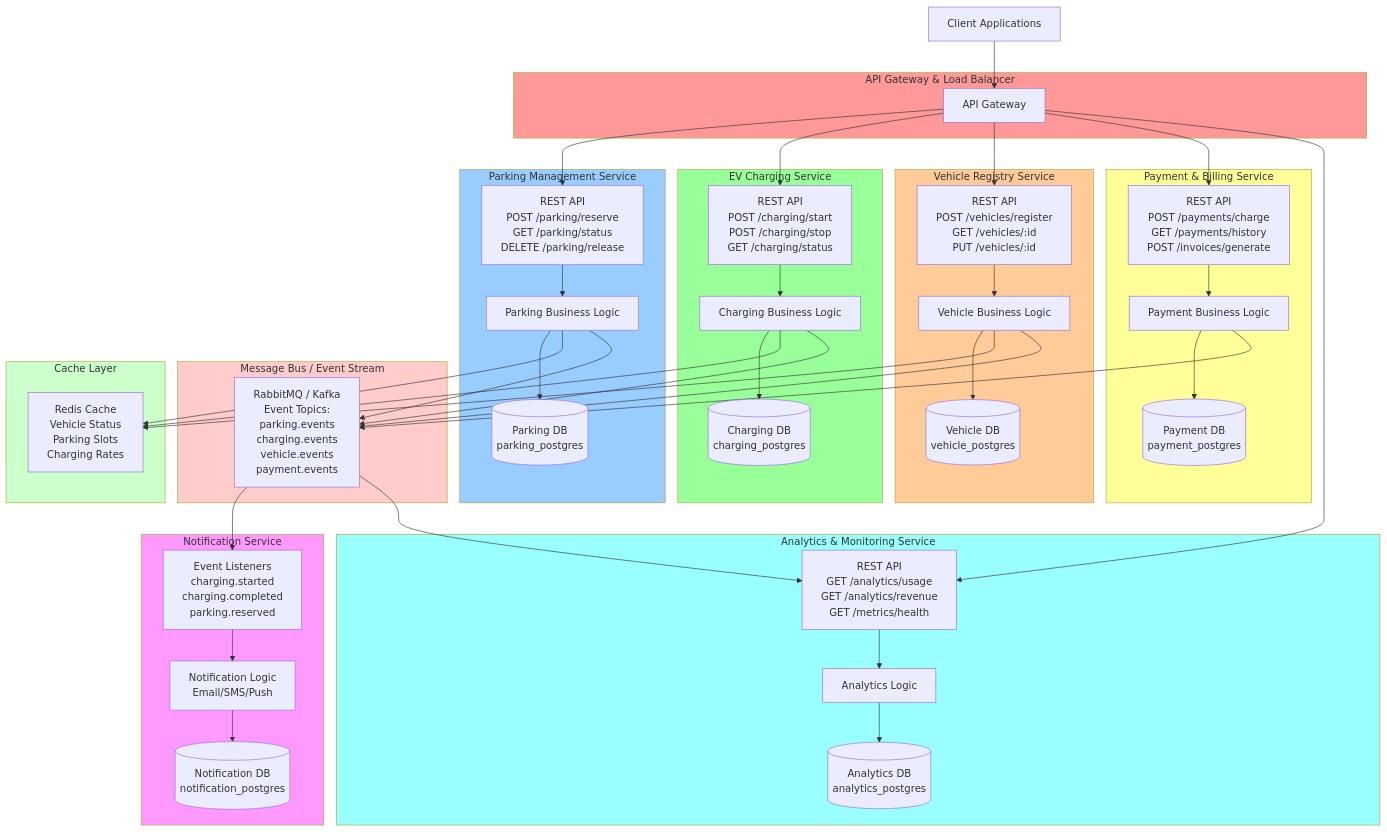
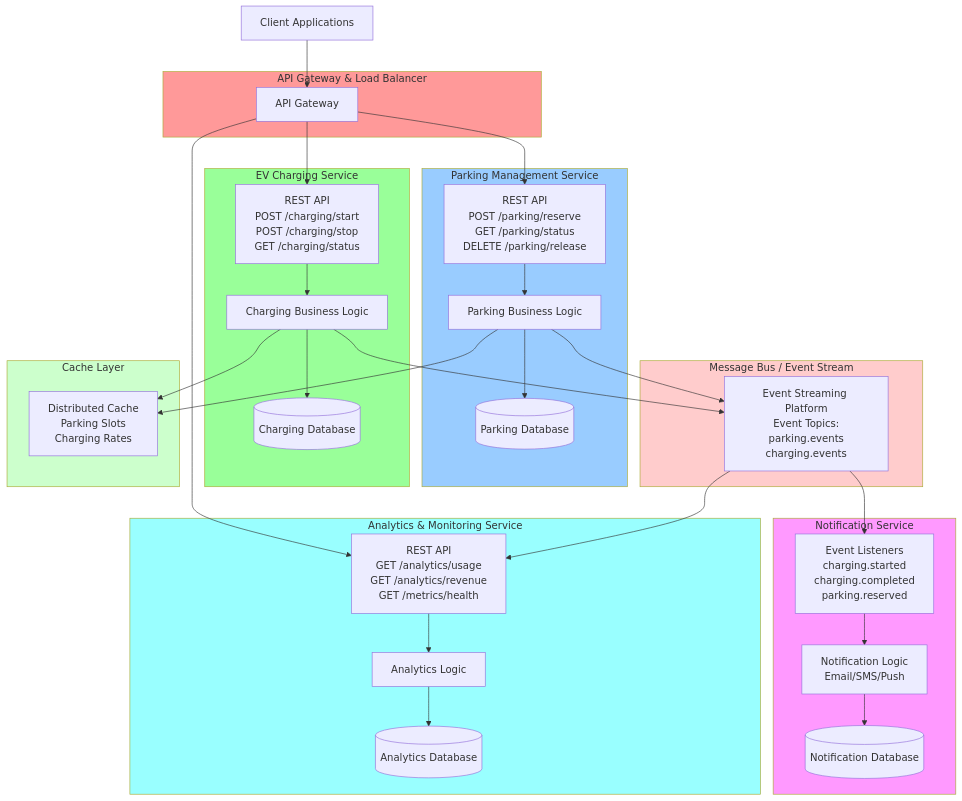
The first of 2 diagrams in UML_Microservices_Architecture.md (GodfreySilungwe/Software-design-and-architecture-project), drawn with Mermaid before and after one commit. The commit also changed other lines of this file and 5 other files, not shown here.

Commit message:
refactored microservices archetectural diagram

```diff
--- a/UML_Microservices_Architecture.md
+++ b/UML_Microservices_Architecture.md
@@ -13,73 +13,50 @@
     subgraph ParkingService["Parking Management Service"]
         ParkingAPI["REST API<br/>POST /parking/reserve<br/>GET /parking/status<br/>DELETE /parking/release"]
         ParkingBiz["Parking Business Logic"]
-        ParkingDB[(Parking DB<br/>parking_postgres)]
+        ParkingDB[(Parking Database)]
     end
     
     subgraph ChargingService["EV Charging Service"]
         ChargingAPI["REST API<br/>POST /charging/start<br/>POST /charging/stop<br/>GET /charging/status"]
         ChargingBiz["Charging Business Logic"]
-        ChargingDB[(Charging DB<br/>charging_postgres)]
-    end
-    
-    subgraph VehicleService["Vehicle Registry Service"]
-        VehicleAPI["REST API<br/>POST /vehicles/register<br/>GET /vehicles/:id<br/>PUT /vehicles/:id"]
-        VehicleBiz["Vehicle Business Logic"]
-        VehicleDB[(Vehicle DB<br/>vehicle_postgres)]
+        ChargingDB[(Charging Database)]
     end
     
     subgraph NotificationService["Notification Service"]
         NotificationAPI["Event Listeners<br/>charging.started<br/>charging.completed<br/>parking.reserved"]
         NotificationBiz["Notification Logic<br/>Email/SMS/Push"]
-        NotificationDB[(Notification DB<br/>notification_postgres)]
-    end
-    
-    subgraph PaymentService["Payment & Billing Service"]
-        PaymentAPI["REST API<br/>POST /payments/charge<br/>GET /payments/history<br/>POST /invoices/generate"]
-        PaymentBiz["Payment Business Logic"]
-        PaymentDB[(Payment DB<br/>payment_postgres)]
+        NotificationDB[(Notification Database)]
     end
     
     subgraph Analytics["Analytics & Monitoring Service"]
         AnalyticsAPI["REST API<br/>GET /analytics/usage<br/>GET /analytics/revenue<br/>GET /metrics/health"]
         AnalyticsBiz["Analytics Logic"]
-        AnalyticsDB[(Analytics DB<br/>analytics_postgres)]
+        AnalyticsDB[(Analytics Database)]
     end
     
     subgraph MessageBus["Message Bus / Event Stream"]
-        MessageQueue["RabbitMQ / Kafka<br/>Event Topics:<br/>parking.events<br/>charging.events<br/>vehicle.events<br/>payment.events"]
+        MessageQueue["Event Streaming Platform<br/>Event Topics:<br/>parking.events<br/>charging.events"]
     end
     
     subgraph Cache["Cache Layer"]
-        Redis["Redis Cache<br/>Vehicle Status<br/>Parking Slots<br/>Charging Rates"]
+        CacheStore["Distributed Cache<br/>Parking Slots<br/>Charging Rates"]
     end
     
     Client --> Gateway
     
     Gateway --> ParkingAPI
     Gateway --> ChargingAPI
-    Gateway --> VehicleAPI
-    Gateway --> PaymentAPI
     Gateway --> AnalyticsAPI
     
     ParkingAPI --> ParkingBiz
     ParkingBiz --> ParkingDB
-    ParkingBiz --> Redis
+    ParkingBiz --> CacheStore
     ParkingBiz --> MessageQueue
     
     ChargingAPI --> ChargingBiz
     ChargingBiz --> ChargingDB
-    ChargingBiz --> Redis
+    ChargingBiz --> CacheStore
     ChargingBiz --> MessageQueue
-    
-    VehicleAPI --> VehicleBiz
-    VehicleBiz --> VehicleDB
-    VehicleBiz --> Redis
-    VehicleBiz --> MessageQueue
-    
-    PaymentAPI --> PaymentBiz
-    PaymentBiz --> PaymentDB
-    PaymentBiz --> MessageQueue
     
     MessageQueue --> NotificationAPI
     MessageQueue --> AnalyticsAPI
@@ -93,9 +70,7 @@
     style APIGateway fill:#ff9999
     style ParkingService fill:#99ccff
     style ChargingService fill:#99ff99
-    style VehicleService fill:#ffcc99
     style NotificationService fill:#ff99ff
-    style PaymentService fill:#ffff99
     style Analytics fill:#99ffff
     style MessageBus fill:#ffcccc
     style Cache fill:#ccffcc
```
